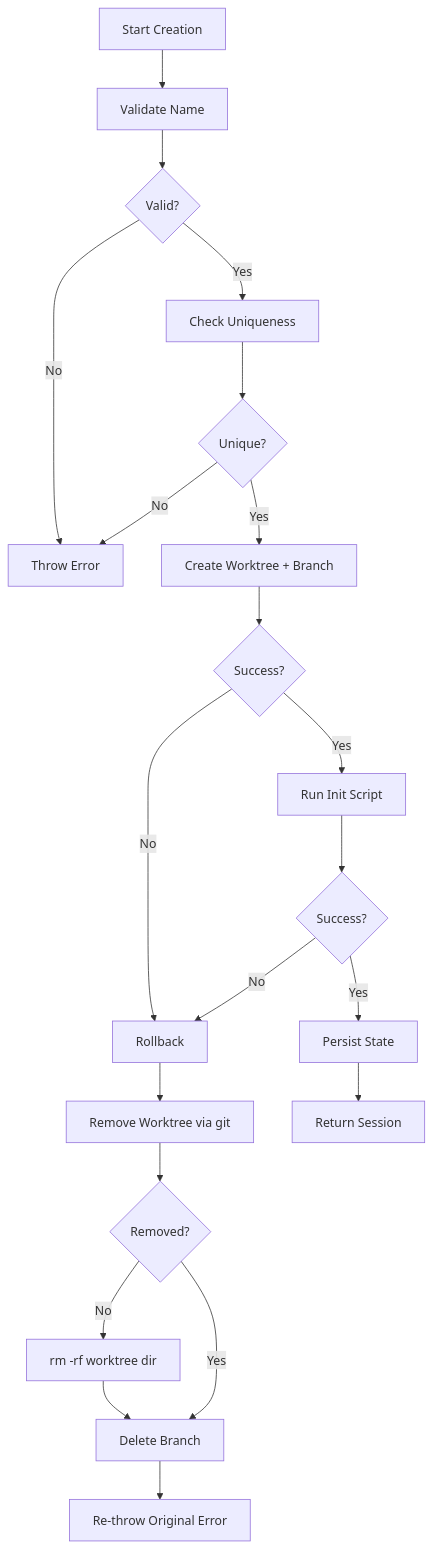
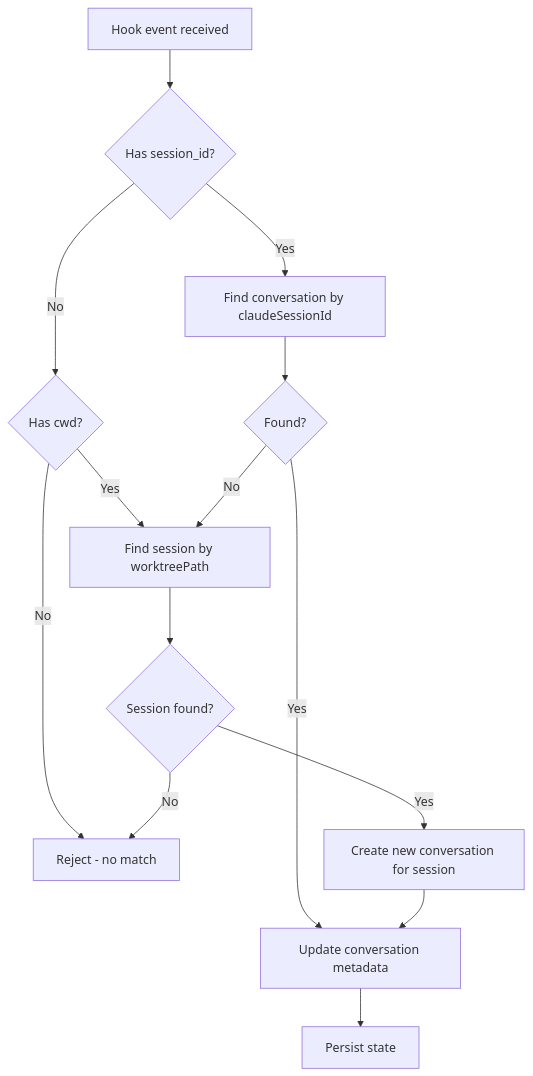
The fourth of 5 diagrams in .kiro/specs/session-lifecycle/design.md (amhuppert/remote-ai-manager), drawn with Mermaid before and after one commit. The commit also changed other lines of this file and 38 other files, not shown here.

````diff
--- a/.kiro/specs/session-lifecycle/design.md
+++ b/.kiro/specs/session-lifecycle/design.md
@@ -128,23 +182,16 @@
 ```mermaid
 flowchart TD
-    A[Start Creation] --> B[Validate Name]
-    B --> C{Valid?}
-    C -->|No| D[Throw Error]
-    C -->|Yes| E[Check Uniqueness]
-    E --> F{Unique?}
-    F -->|No| D
-    F -->|Yes| G[Create Worktree + Branch]
-    G --> H{Success?}
-    H -->|No| I[Rollback]
-    H -->|Yes| J[Run Init Script]
-    J --> K{Success?}
-    K -->|No| I
-    K -->|Yes| L[Persist State]
-    L --> M[Return Session]
-    I --> N[Remove Worktree via git]
-    N --> O{Removed?}
-    O -->|No| P[rm -rf worktree dir]
-    O -->|Yes| Q[Delete Branch]
-    P --> Q
-    Q --> R[Re-throw Original Error]
+    A[Hook event received] --> B{Has session_id?}
+    B -->|Yes| C[Find conversation by claudeSessionId]
+    C --> D{Found?}
+    D -->|Yes| E[Update conversation metadata]
+    B -->|No| F{Has cwd?}
+    F -->|Yes| G[Find session by worktreePath]
+    F -->|No| H[Reject - no match]
+    D -->|No| G
+    G --> I{Session found?}
+    I -->|No| H
+    I -->|Yes| J[Create new conversation for session]
+    J --> E
+    E --> K[Persist state]
 ```
````
